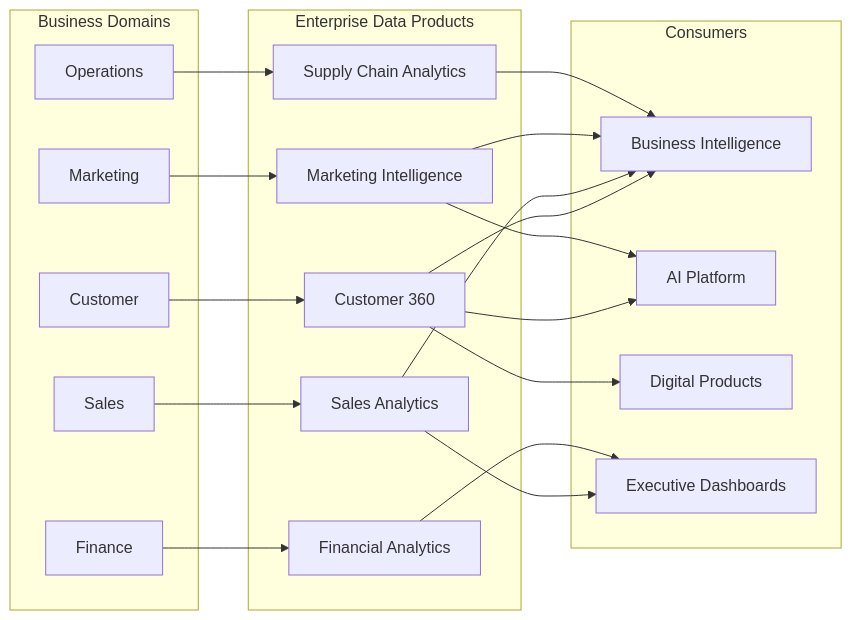
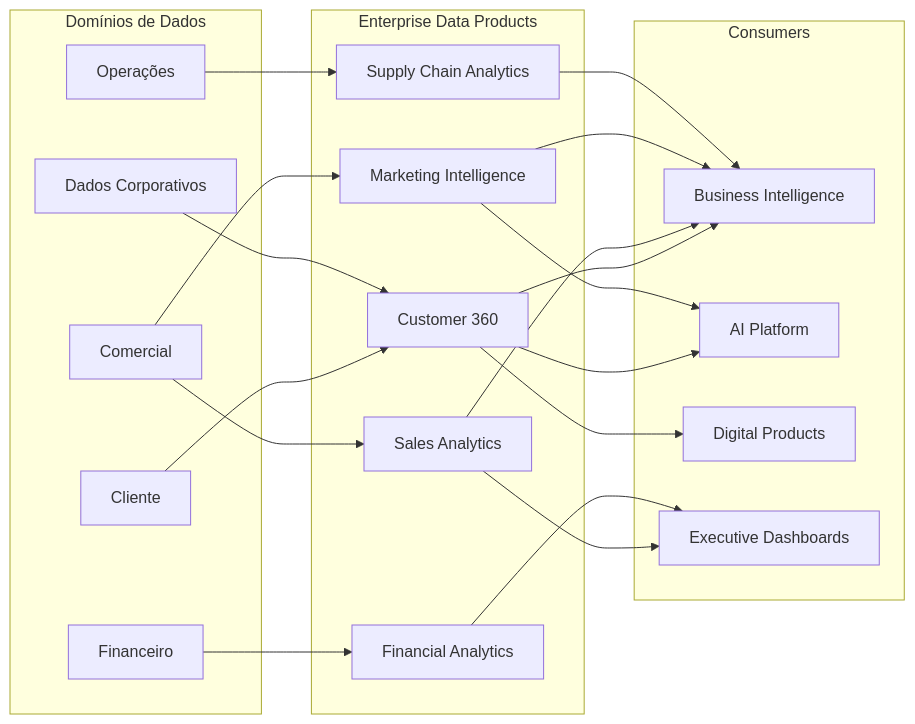
Before and after one commit to rogereufrasio/adtech-omnichannel-platform: the first of 2 diagrams in programs/02-enterprise-data-ai-platform/information-architecture/data-product-model.md, drawn with Mermaid. The commit also changed other lines of this file and 260 other files, not shown here.

Commit message:
release: finalize Enterprise Architecture Practice v1.0.0

````diff
--- a/programs/02-enterprise-data-ai-platform/information-architecture/data-product-model.md
+++ b/programs/02-enterprise-data-ai-platform/information-architecture/data-product-model.md
@@ -50,46 +58,47 @@
 ```mermaid
 flowchart LR
 
-subgraph Domains["Business Domains"]
-Customer["Customer"]
-Sales["Sales"]
-Marketing["Marketing"]
-Finance["Finance"]
-Operations["Operations"]
+subgraph Domains["Domínios de Dados"]
+Customer["Cliente"]
+Commercial["Comercial"]
+Finance["Financeiro"]
+Operations["Operações"]
+Data["Dados Corporativos"]
 end
 
 subgraph Products["Enterprise Data Products"]
 Customer360["Customer 360"]
 SalesAnalytics["Sales Analytics"]
 MarketingInsights["Marketing Intelligence"]
 FinancialAnalytics["Financial Analytics"]
 SupplyAnalytics["Supply Chain Analytics"]
 end
 
 subgraph Consumers["Consumers"]
 BI["Business Intelligence"]
 AI["AI Platform"]
 Apps["Digital Products"]
 Dashboards["Executive Dashboards"]
 end
 
 Customer --> Customer360
-Sales --> SalesAnalytics
-Marketing --> MarketingInsights
+Commercial --> SalesAnalytics
+Commercial --> MarketingInsights
 Finance --> FinancialAnalytics
 Operations --> SupplyAnalytics
+Data --> Customer360
 
 Customer360 --> BI
 Customer360 --> AI
 Customer360 --> Apps
 
 SalesAnalytics --> BI
 SalesAnalytics --> Dashboards
 
 MarketingInsights --> BI
 MarketingInsights --> AI
 
 FinancialAnalytics --> Dashboards
 
 SupplyAnalytics --> BI
 ```
````
